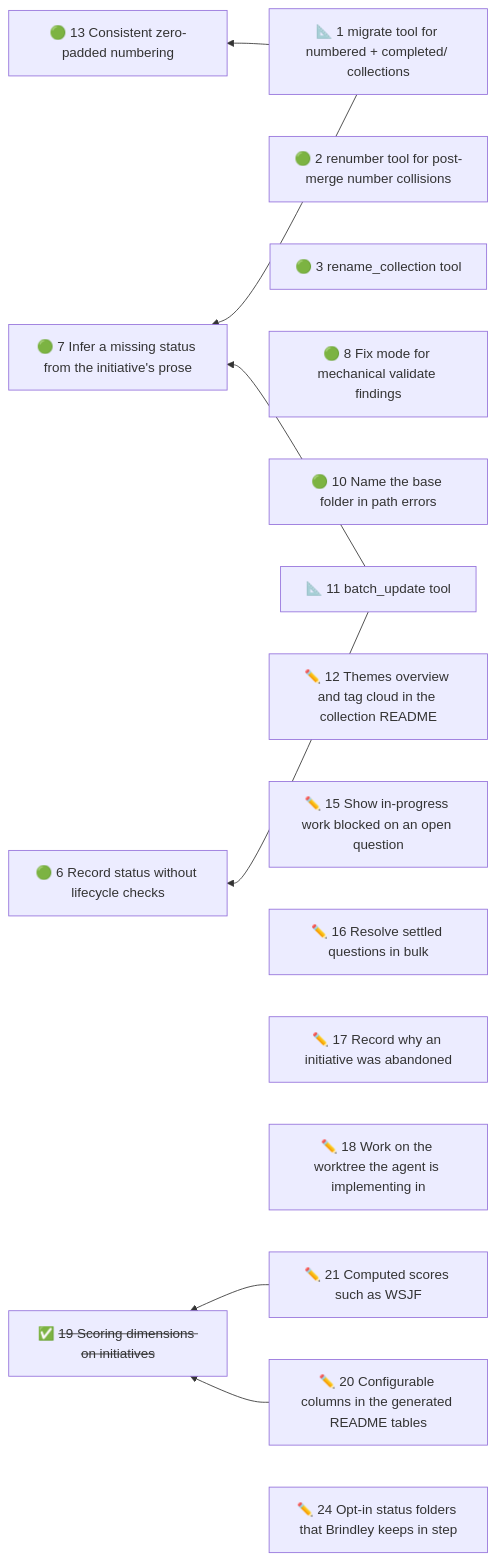
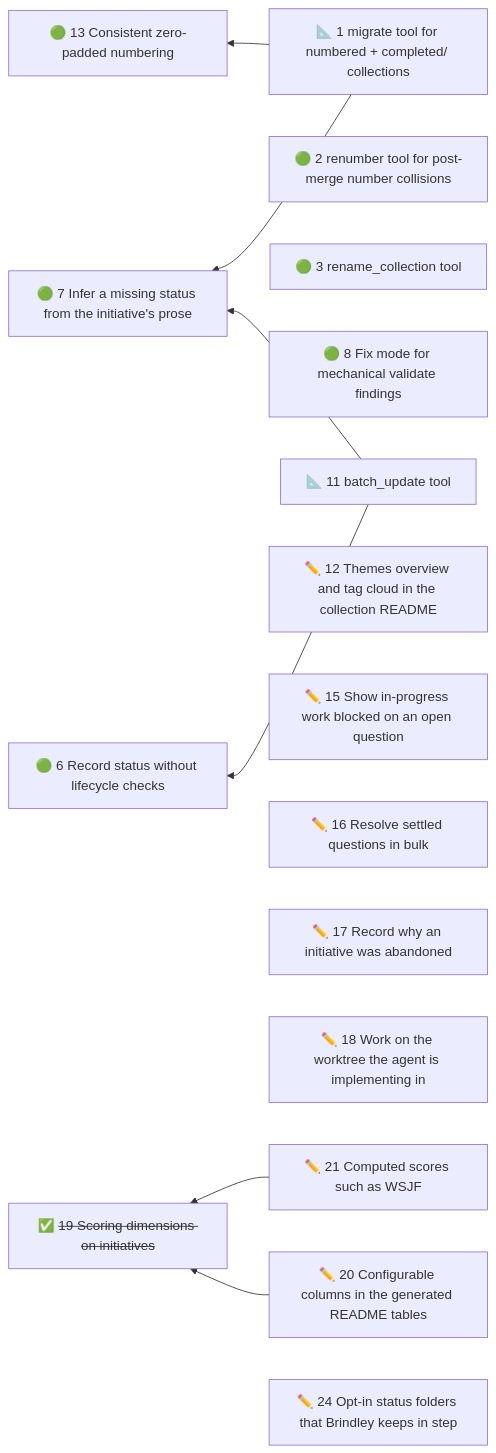
Before and after one commit to duckAsteroid/brindley: the diagram in initiatives/README.md, drawn with Mermaid. The commit also changed other lines of this file and 7 other files, not shown here.

First line of the commit message:
fix: path errors and findings say where they looked, and which worktree has the file

````diff
--- a/initiatives/README.md
+++ b/initiatives/README.md
@@ -44,27 +43,26 @@
 ```mermaid
 flowchart RL
   n1["📐 1 migrate tool for numbered + completed/ collections"]
   n2["🟢 2 renumber tool for post-merge number collisions"]
   n3["🟢 3 rename_collection tool"]
   n6["🟢 6 Record status without lifecycle checks"]
   n7["🟢 7 Infer a missing status from the initiative's prose"]
   n8["🟢 8 Fix mode for mechanical validate findings"]
-  n10["🟢 10 Name the base folder in path errors"]
   n11["📐 11 batch_update tool"]
   n12["✏️ 12 Themes overview and tag cloud in the collection README"]
   n13["🟢 13 Consistent zero-padded numbering"]
   n15["✏️ 15 Show in-progress work blocked on an open question"]
   n16["✏️ 16 Resolve settled questions in bulk"]
   n17["✏️ 17 Record why an initiative was abandoned"]
   n18["✏️ 18 Work on the worktree the agent is implementing in"]
   n20["✏️ 20 Configurable columns in the generated README tables"]
   n21["✏️ 21 Computed scores such as WSJF"]
   n24["✏️ 24 Opt-in status folders that Brindley keeps in step"]
   n19["✅ <s>19 Scoring dimensions on initiatives</s>"]
   n1 --> n7
   n1 --> n13
   n11 --> n6
   n11 --> n7
   n20 --> n19
   n21 --> n19
 ```
````
